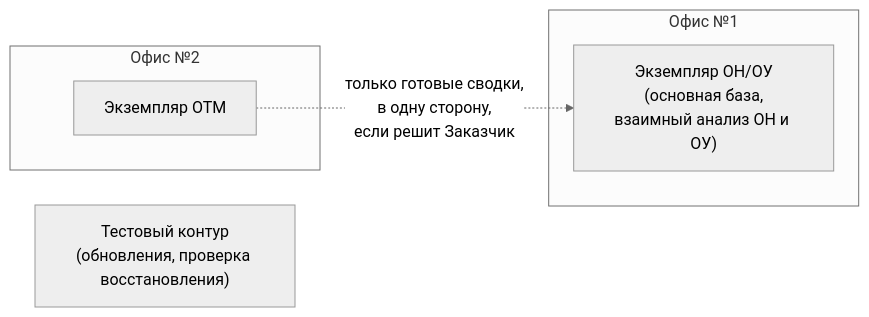
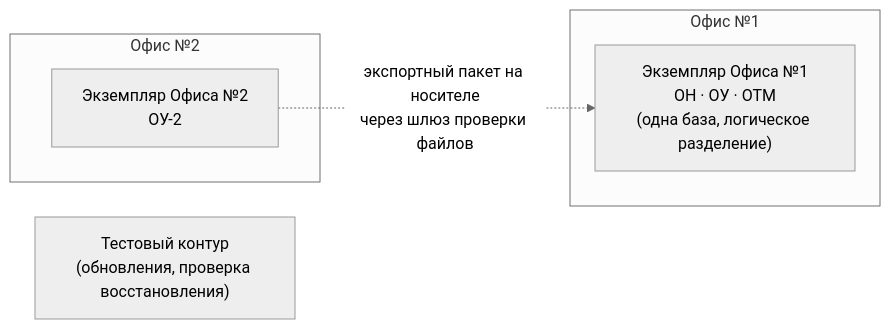
Before and after one commit to damirovich/isa.ai: the first of 2 diagrams in docs/следствие/Инфраструктура_Следствие.md, drawn with Mermaid (neutral theme). The commit also changed other lines of this file and 4 other files, not shown here.

First line of the commit message:
ТЗ: логическое разделение ОН, ОУ и ОТМ в Офисе №1, ОУ-2 — Офис №2 (ТС-014/015); инфраструктура 0.4

````diff
--- a/docs/следствие/Инфраструктура_Следствие.md
+++ b/docs/следствие/Инфраструктура_Следствие.md
@@ -61,11 +64,11 @@
 ```mermaid
 flowchart LR
   subgraph O1["Офис №1"]
-    A1["Экземпляр ОН/ОУ<br/>(основная база,<br/>взаимный анализ ОН и ОУ)"]
+    A1["Экземпляр Офиса №1<br/>ОН · ОУ · ОТМ<br/>(одна база, логическое разделение)"]
   end
   subgraph O2["Офис №2"]
-    T2["Экземпляр ОТМ"]
+    A2["Экземпляр Офиса №2<br/>ОУ-2"]
   end
   ST["Тестовый контур<br/>(обновления, проверка восстановления)"]
-  T2 -. "только готовые сводки,<br/>в одну сторону,<br/>если решит Заказчик" .-> A1
+  A2 -. "экспортный пакет на носителе<br/>через шлюз проверки файлов" .-> A1
 ```
````
